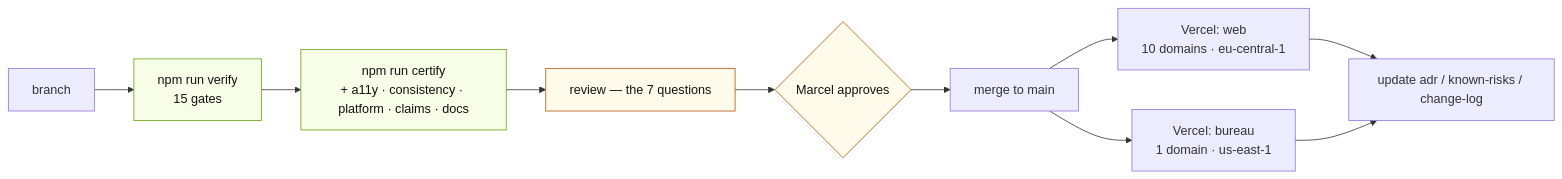
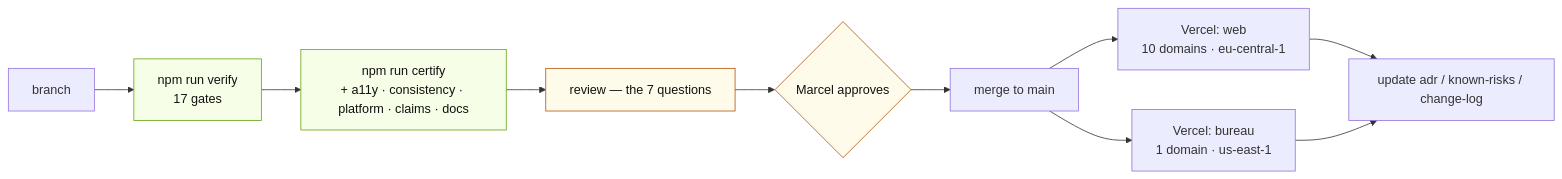
The eighth of 10 diagrams in docs/architecture/diagrams.md (buddy1974/maxpromo.digital), drawn with Mermaid before and after one commit. The commit also changed 19 other files, not shown here.

````diff
--- a/docs/architecture/diagrams.md
+++ b/docs/architecture/diagrams.md
@@ -276,19 +276,19 @@
 ```mermaid
 flowchart LR
-  BR["branch"] --> V["npm run verify<br/>15 gates"]
+  BR["branch"] --> V["npm run verify<br/>17 gates"]
   V --> C["npm run certify<br/>+ a11y · consistency · platform · claims · docs"]
   C --> REV["review — the 7 questions"]
   REV --> APP{"Marcel approves"}
   APP --> MERGE["merge to main"]
 
   MERGE --> VW["Vercel: web<br/>10 domains · eu-central-1"]
   MERGE --> VB["Vercel: bureau<br/>1 domain · us-east-1"]
 
   VW --> DOC["update adr / known-risks / change-log"]
   VB --> DOC
 
   classDef gate fill:#F7FEE7,stroke:#65A30D,color:#111111
   classDef human fill:#FFFBEB,stroke:#B45309,color:#111111
   class V,C gate
   class REV,APP human
 ```
````
